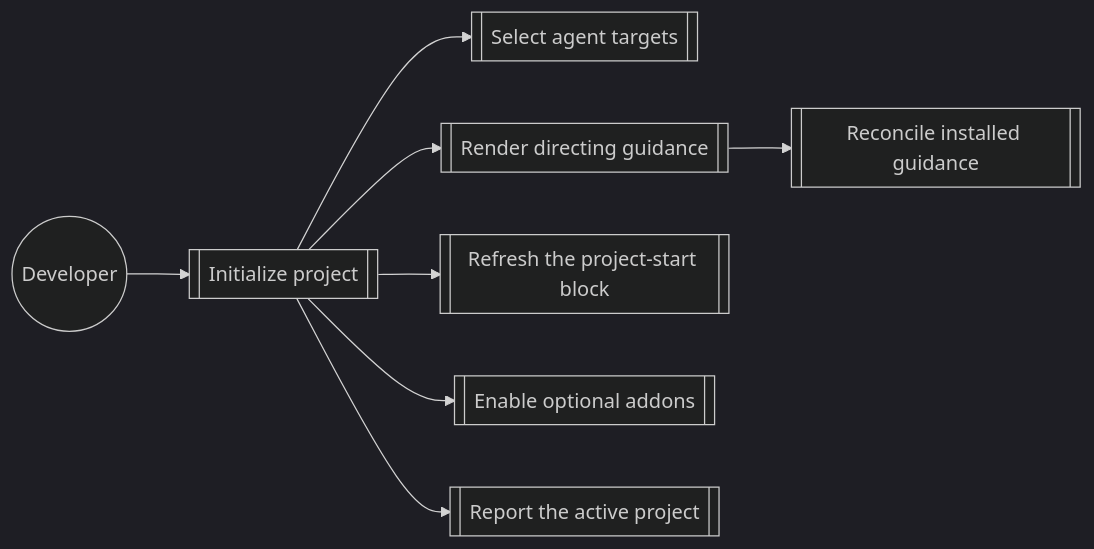
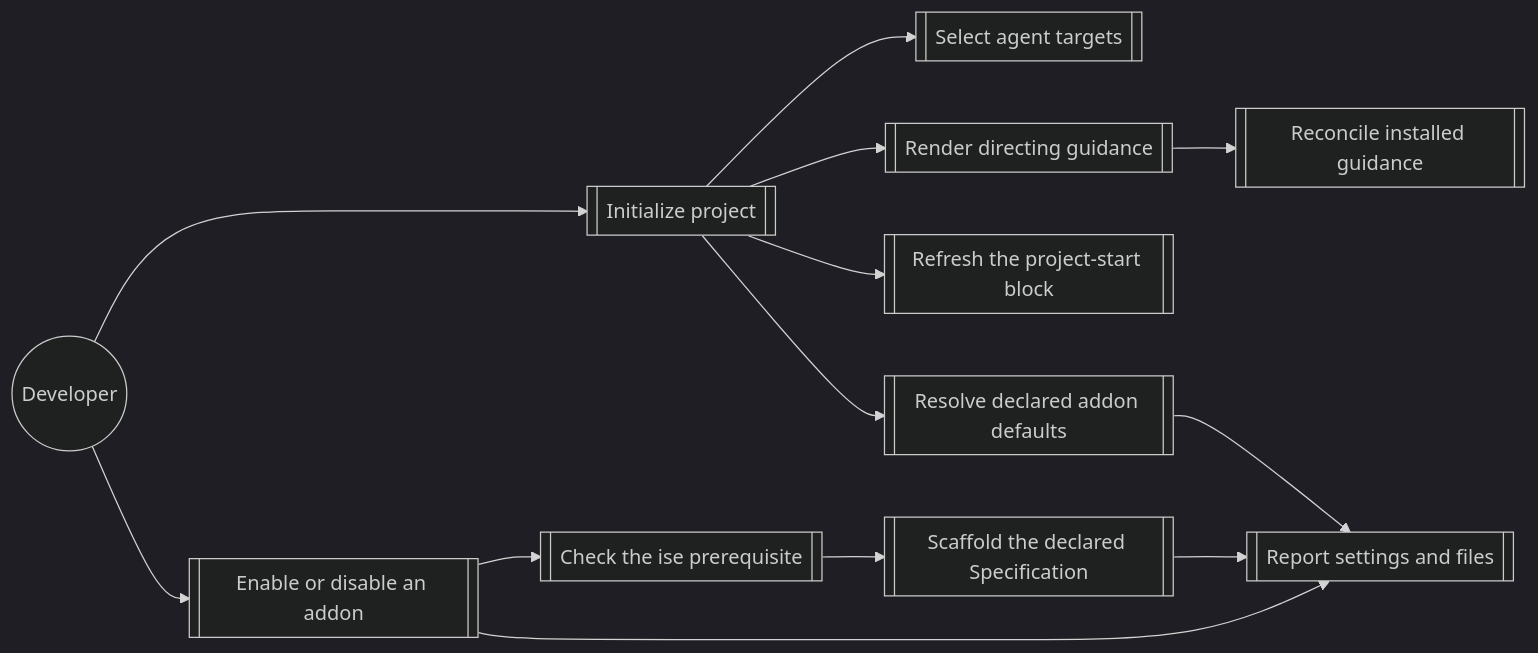
Before and after one commit to buster/givn: the diagram in givn/specs/initialize-project/usecase.md, drawn with Mermaid (dark theme). The commit also changed other lines of this file and 49 other files, not shown here.

Commit message:
chore(add-ise-addon-and-specification): publish archive candidate

````diff
--- a/givn/specs/initialize-project/usecase.md
+++ b/givn/specs/initialize-project/usecase.md
@@ -122,10 +172,15 @@
 ```mermaid
 flowchart LR
   Actor((Developer)) --> Init[[Initialize project]]
   Init --> Targets[[Select agent targets]]
   Init --> Render[[Render directing guidance]]
   Render --> Reconcile[[Reconcile installed guidance]]
   Init --> Blocks[[Refresh the project-start block]]
-  Init --> Addons[[Enable optional addons]]
-  Init --> Report[[Report the active project]]
+  Init --> Defaults[[Resolve declared addon defaults]]
+  Actor --> Toggle[[Enable or disable an addon]]
+  Toggle --> Prereq[[Check the ise prerequisite]]
+  Prereq --> Decl[[Scaffold the declared Specification]]
+  Toggle --> Report[[Report settings and files]]
+  Defaults --> Report
+  Decl --> Report
 ```
````
